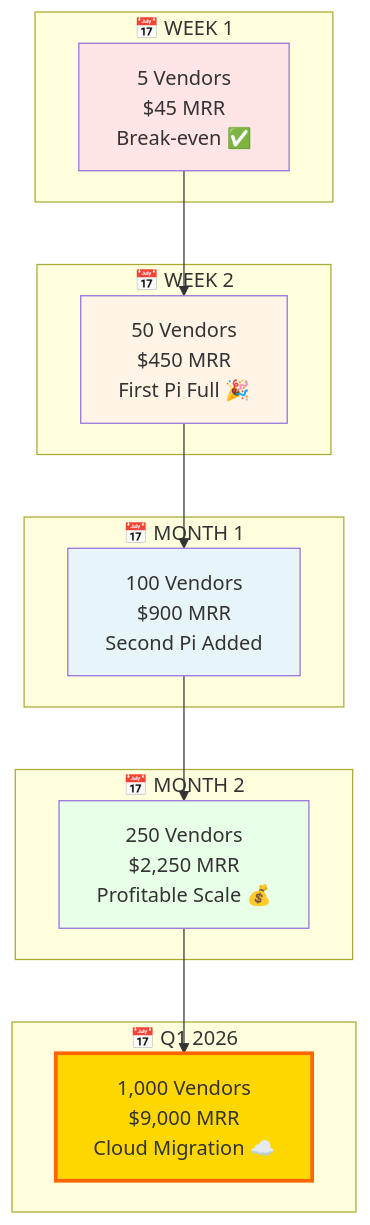
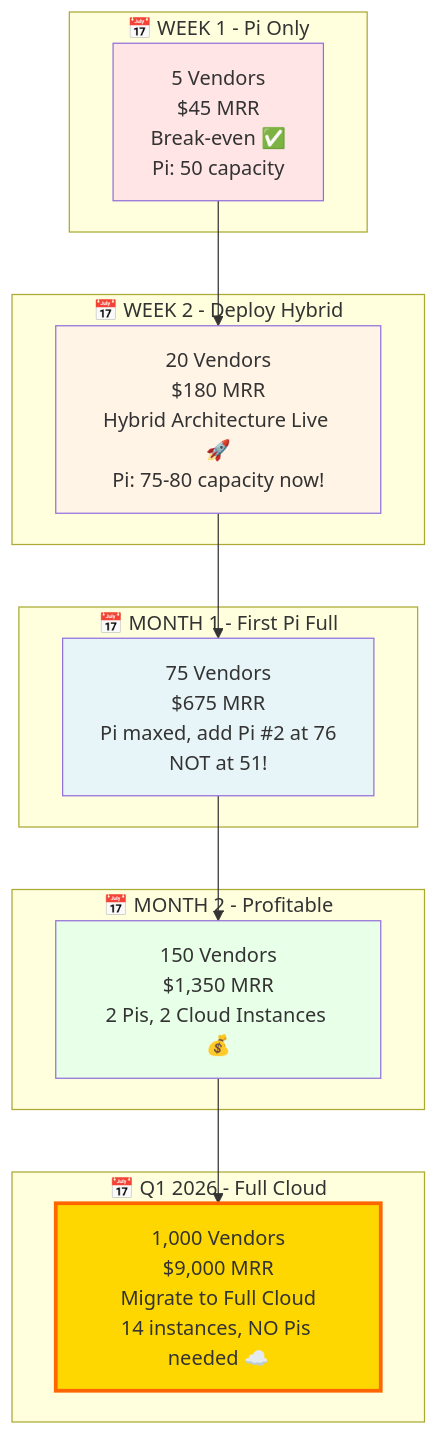
The eighth of 12 diagrams in docs/ARCHITECTURE-DIAGRAMS.md (nanayawjoshua/whatsapp-ai-platform), drawn with Mermaid before and after one commit. The commit also changed other lines of this file and 8 other files, not shown here.

````diff
--- a/docs/ARCHITECTURE-DIAGRAMS.md
+++ b/docs/ARCHITECTURE-DIAGRAMS.md
@@ -350,33 +351,33 @@
 ```mermaid
 graph TD
-    subgraph Week1["📅 WEEK 1"]
-        W1[5 Vendors<br/>$45 MRR<br/>Break-even ✅]
+    subgraph Week1["📅 WEEK 1 - Pi Only"]
+        W1[5 Vendors<br/>$45 MRR<br/>Break-even ✅<br/>Pi: 50 capacity]
     end
 
-    subgraph Week2["📅 WEEK 2"]
-        W2[50 Vendors<br/>$450 MRR<br/>First Pi Full 🎉]
+    subgraph Week2["📅 WEEK 2 - Deploy Hybrid"]
+        W2[20 Vendors<br/>$180 MRR<br/>Hybrid Architecture Live 🚀<br/>Pi: 75-80 capacity now!]
     end
 
-    subgraph Month1["📅 MONTH 1"]
-        M1[100 Vendors<br/>$900 MRR<br/>Second Pi Added]
+    subgraph Month1["📅 MONTH 1 - First Pi Full"]
+        M1[75 Vendors<br/>$675 MRR<br/>Pi maxed, add Pi #2 at 76<br/>NOT at 51!]
     end
 
-    subgraph Month2["📅 MONTH 2"]
-        M2[250 Vendors<br/>$2,250 MRR<br/>Profitable Scale 💰]
+    subgraph Month2["📅 MONTH 2 - Profitable"]
+        M2[150 Vendors<br/>$1,350 MRR<br/>2 Pis, 2 Cloud Instances 💰]
     end
 
-    subgraph Q1_2026["📅 Q1 2026"]
-        Q1[1,000 Vendors<br/>$9,000 MRR<br/>Cloud Migration ☁️]
+    subgraph Q1_2026["📅 Q1 2026 - Full Cloud"]
+        Q1[1,000 Vendors<br/>$9,000 MRR<br/>Migrate to Full Cloud<br/>14 instances, NO Pis needed ☁️]
     end
 
     W1 --> W2
     W2 --> M1
     M1 --> M2
     M2 --> Q1
 
     style W1 fill:#FFE5E5
     style W2 fill:#FFF4E6
     style M1 fill:#E8F5F8
     style M2 fill:#E8FFE8
     style Q1 fill:#FFD700,stroke:#FF6600,stroke-width:3px
 ```
````
